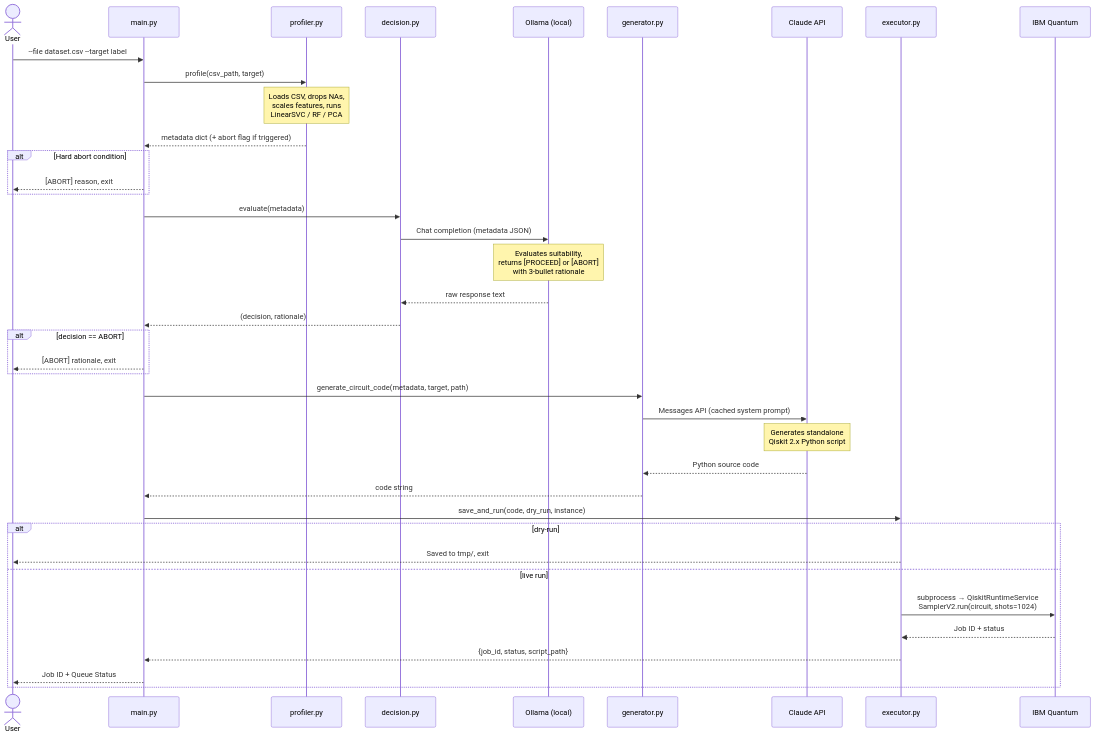
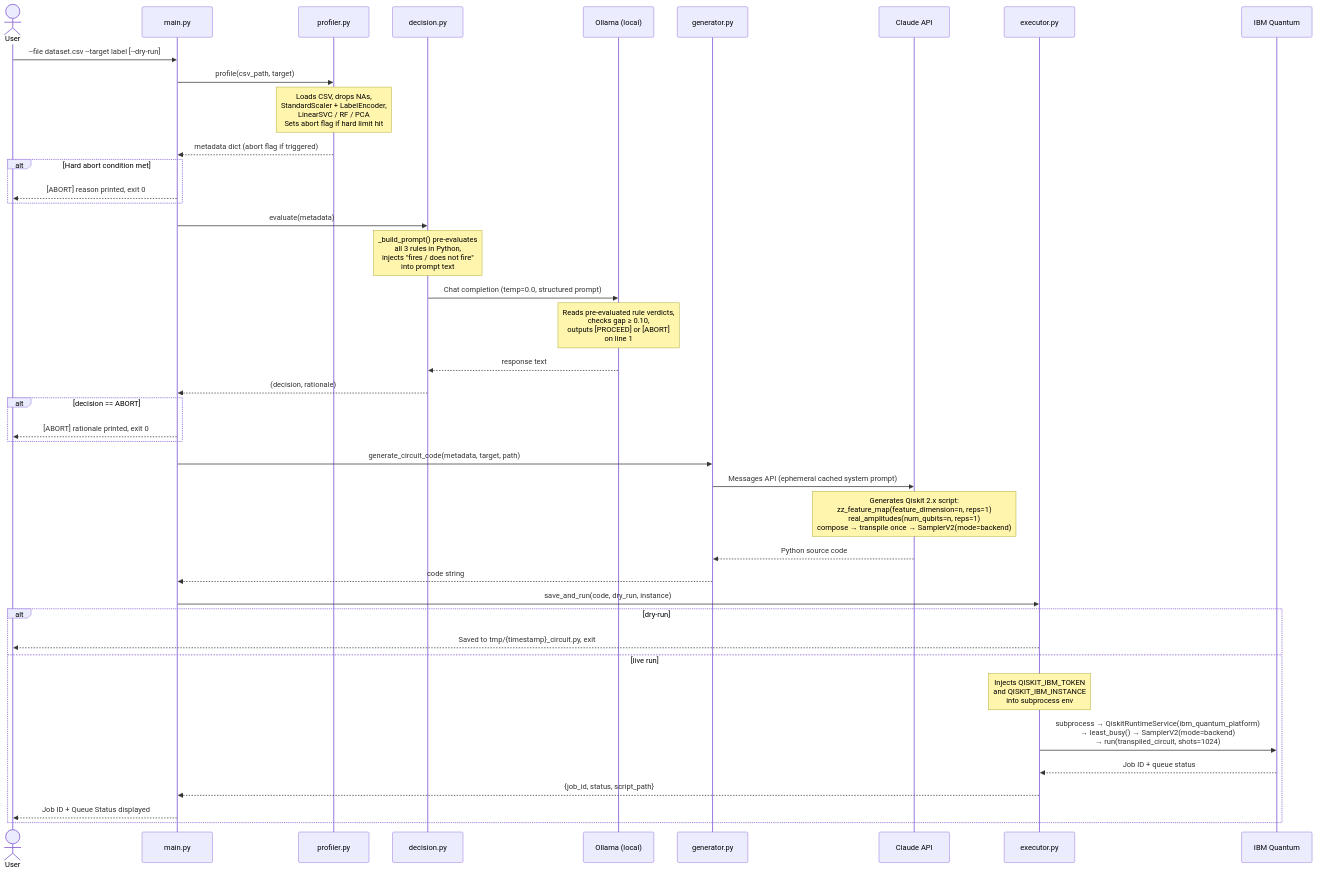
One commit to steveh250/IBMQuantum-Agent changed the third of 4 diagrams in ARCHITECTURE.md. Above: the diagram before and after it, drawn with Mermaid. The commit also changed other lines of this file and 2 other files, not shown here.

````diff
--- a/ARCHITECTURE.md
+++ b/ARCHITECTURE.md
@@ -90,45 +92,47 @@
 ```mermaid
 sequenceDiagram
     actor User
     participant CLI as main.py
     participant Prof as profiler.py
     participant Dec as decision.py
     participant Ollama as Ollama (local)
     participant Gen as generator.py
     participant Claude as Claude API
     participant Exec as executor.py
     participant IBM as IBM Quantum
 
-    User->>CLI: --file dataset.csv --target label
+    User->>CLI: --file dataset.csv --target label [--dry-run]
     CLI->>Prof: profile(csv_path, target)
-    Note over Prof: Loads CSV, drops NAs,<br/>scales features, runs<br/>LinearSVC / RF / PCA
-    Prof-->>CLI: metadata dict (+ abort flag if triggered)
-    alt Hard abort condition
-        CLI-->>User: [ABORT] reason, exit
+    Note over Prof: Loads CSV, drops NAs,<br/>StandardScaler + LabelEncoder,<br/>LinearSVC / RF / PCA<br/>Sets abort flag if hard limit hit
+    Prof-->>CLI: metadata dict (abort flag if triggered)
+    alt Hard abort condition met
+        CLI-->>User: [ABORT] reason printed, exit 0
     end
 
     CLI->>Dec: evaluate(metadata)
-    Dec->>Ollama: Chat completion (metadata JSON)
-    Note over Ollama: Evaluates suitability,<br/>returns [PROCEED] or [ABORT]<br/>with 3-bullet rationale
-    Ollama-->>Dec: raw response text
+    Note over Dec: _build_prompt() pre-evaluates<br/>all 3 rules in Python,<br/>injects "fires / does not fire"<br/>into prompt text
+    Dec->>Ollama: Chat completion (temp=0.0, structured prompt)
+    Note over Ollama: Reads pre-evaluated rule verdicts,<br/>checks gap ≥ 0.10,<br/>outputs [PROCEED] or [ABORT]<br/>on line 1
+    Ollama-->>Dec: response text
     Dec-->>CLI: (decision, rationale)
     alt decision == ABORT
-        CLI-->>User: [ABORT] rationale, exit
+        CLI-->>User: [ABORT] rationale printed, exit 0
     end
 
     CLI->>Gen: generate_circuit_code(metadata, target, path)
-    Gen->>Claude: Messages API (cached system prompt)
-    Note over Claude: Generates standalone<br/>Qiskit 2.x Python script
+    Gen->>Claude: Messages API (ephemeral cached system prompt)
+    Note over Claude: Generates Qiskit 2.x script:<br/>zz_feature_map(feature_dimension=n, reps=1)<br/>real_amplitudes(num_qubits=n, reps=1)<br/>compose → transpile once → SamplerV2(mode=backend)
     Claude-->>Gen: Python source code
     Gen-->>CLI: code string
 
     CLI->>Exec: save_and_run(code, dry_run, instance)
     alt dry-run
-        Exec-->>User: Saved to tmp/, exit
+        Exec-->>User: Saved to tmp/{timestamp}_circuit.py, exit
     else live run
-        Exec->>IBM: subprocess → QiskitRuntimeService<br/>SamplerV2.run(circuit, shots=1024)
-        IBM-->>Exec: Job ID + status
+        Note over Exec: Injects QISKIT_IBM_TOKEN<br/>and QISKIT_IBM_INSTANCE<br/>into subprocess env
+        Exec->>IBM: subprocess → QiskitRuntimeService(ibm_quantum_platform)<br/>→ least_busy() → SamplerV2(mode=backend)<br/>→ run(transpiled_circuit, shots=1024)
+        IBM-->>Exec: Job ID + queue status
         Exec-->>CLI: {job_id, status, script_path}
-        CLI-->>User: Job ID + Queue Status
+        CLI-->>User: Job ID + Queue Status displayed
     end
 ```
````
